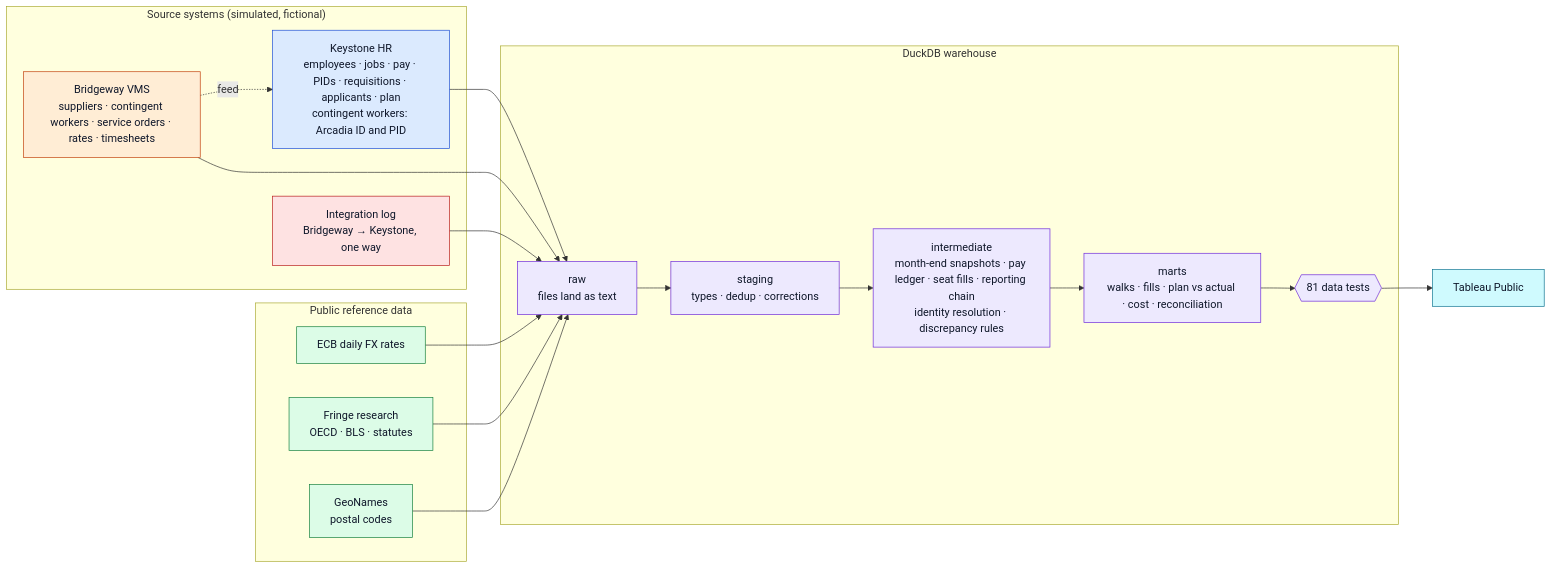
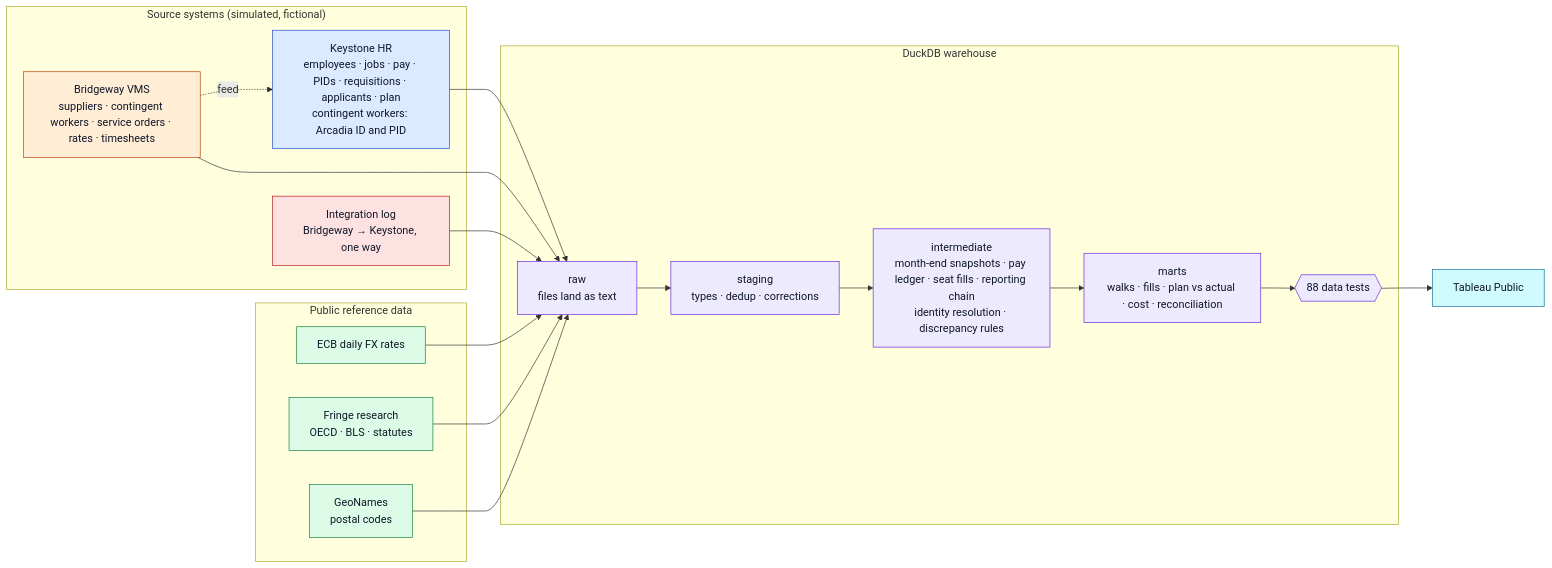
The third of 6 diagrams in README.md (thialp/people-analytics-warehouse), drawn with Mermaid before and after one commit. The commit also changed other lines of this file and 66 other files, not shown here.

````diff
--- a/README.md
+++ b/README.md
@@ -152,42 +152,42 @@
 ```mermaid
 flowchart LR
     subgraph Sources["Source systems (simulated, fictional)"]
         HR["Keystone HR<br/>employees · jobs · pay · PIDs · requisitions · applicants · plan<br/>contingent workers: Arcadia ID and PID"]
         VMS["Bridgeway VMS<br/>suppliers · contingent workers · service orders · rates · timesheets"]
         FEED["Integration log<br/>Bridgeway → Keystone, one way"]
     end
     subgraph Public["Public reference data"]
         ECB["ECB daily FX rates"]
         FRG["Fringe research<br/>OECD · BLS · statutes"]
         GEO["GeoNames<br/>postal codes"]
     end
     subgraph WH["DuckDB warehouse"]
         RAW["raw<br/>files land as text"]
         STG["staging<br/>types · dedup · corrections"]
         INT["intermediate<br/>month-end snapshots · pay ledger · seat fills · reporting chain<br/>identity resolution · discrepancy rules"]
         MART["marts<br/>walks · fills · plan vs actual · cost · reconciliation"]
-        TEST{{"81 data tests"}}
+        TEST{{"88 data tests"}}
     end
     TAB["Tableau Public"]
     VMS -. feed .-> HR
     HR --> RAW
     VMS --> RAW
     FEED --> RAW
     ECB --> RAW
     FRG --> RAW
     GEO --> RAW
     RAW --> STG --> INT --> MART --> TEST --> TAB
 
     classDef hr fill:#dbeafe,stroke:#1d4ed8,color:#0f172a
     classDef vms fill:#ffedd5,stroke:#c2410c,color:#0f172a
     classDef feed fill:#fee2e2,stroke:#b91c1c,color:#0f172a
     classDef pub fill:#dcfce7,stroke:#15803d,color:#0f172a
     classDef wh fill:#ede9fe,stroke:#6d28d9,color:#0f172a
     classDef dash fill:#cffafe,stroke:#0e7490,color:#0f172a
     class HR hr
     class VMS vms
     class FEED feed
     class ECB,FRG,GEO pub
     class RAW,STG,INT,MART,TEST wh
     class TAB dash
 ```
````
